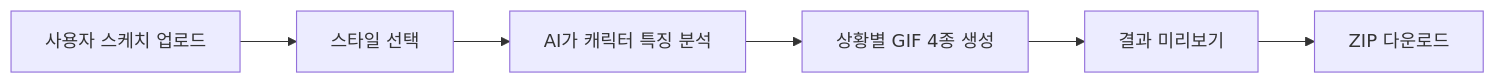
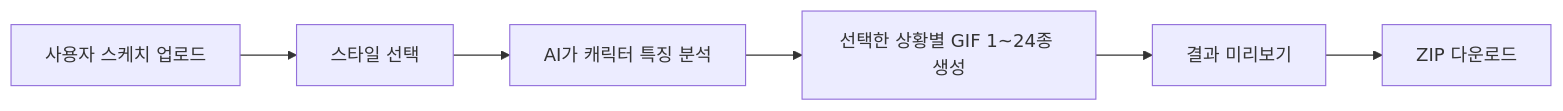
The diagram in docs/requirements.md (YOUNGDAE-PARK/imoji), drawn with Mermaid before and after one commit. The commit also changed other lines of this file and 16 other files, not shown here.

````diff
--- a/docs/requirements.md
+++ b/docs/requirements.md
@@ -87,8 +102,8 @@
 ```mermaid
 flowchart LR
     A[사용자 스케치 업로드] --> B[스타일 선택]
     B --> C[AI가 캐릭터 특징 분석]
-    C --> D[상황별 GIF 4종 생성]
+    C --> D[선택한 상황별 GIF 1~24종 생성]
     D --> E[결과 미리보기]
     E --> F[ZIP 다운로드]
 ```
````
